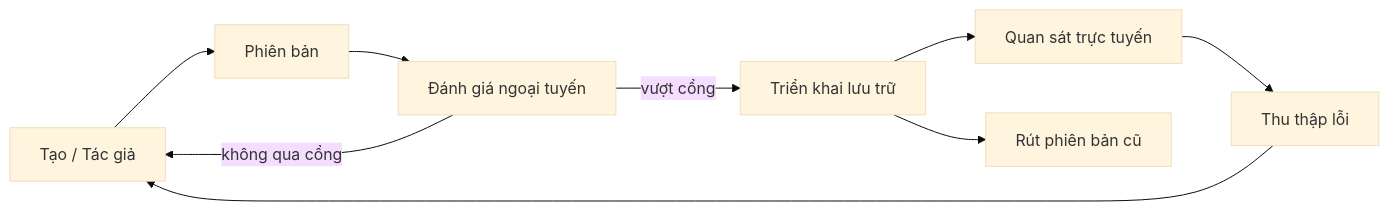
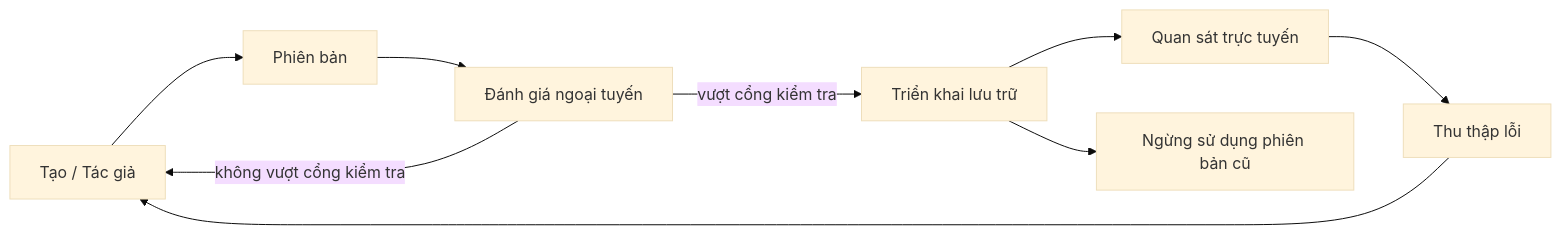
One commit to microsoft/ai-agents-for-beginners changed the second of 4 diagrams in translations/vi/16-deploying-scalable-agents/README.md. Above: the diagram before and after it, drawn with Mermaid (base theme). The commit also changed other lines of this file and 47 other files, not shown here.

````diff
--- a/translations/vi/16-deploying-scalable-agents/README.md
+++ b/translations/vi/16-deploying-scalable-agents/README.md
@@ -108,11 +108,11 @@
 ```mermaid
 flowchart LR
     Create[Tạo / Tác giả] --> Version[Phiên bản]
     Version --> Evaluate[Đánh giá ngoại tuyến]
-    Evaluate -->|vượt cổng| Deploy[Triển khai lưu trữ]
-    Evaluate -->|không qua cổng| Create
+    Evaluate -->|vượt cổng kiểm tra| Deploy[Triển khai lưu trữ]
+    Evaluate -->|không vượt cổng kiểm tra| Create
     Deploy --> Observe[Quan sát trực tuyến]
     Observe --> Improve[Thu thập lỗi]
     Improve --> Create
-    Deploy --> Retire[Rút phiên bản cũ]
+    Deploy --> Retire[Ngừng sử dụng phiên bản cũ]
 ```
````
